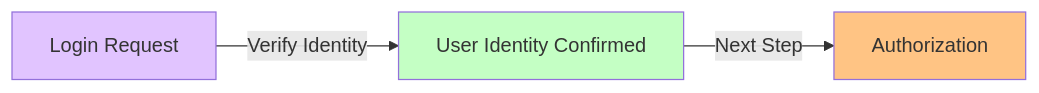
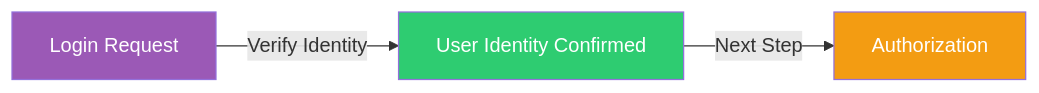
One commit to jtombo45/SeniorEngineerRoadmap changed the first of 6 diagrams in Authenication/README.md. Above: the diagram before and after it, drawn with Mermaid. The commit also changed other lines of this file, not shown here.

Commit message:
updated diagram color for better contrast

````diff
--- a/Authenication/README.md
+++ b/Authenication/README.md
@@ -70,9 +70,9 @@
 ```mermaid
 flowchart LR
     A[Login Request] -->|Verify Identity| B[User Identity Confirmed]
     B -->|Next Step| C[Authorization]
     
-    style A fill:#e1c4ff
-    style B fill:#c4ffc4
-    style C fill:#ffc484
+    style A fill:#9B59B6,color:#fff
+    style B fill:#2ECC71,color:#fff
+    style C fill:#F39C12,color:#fff
 ```
````
